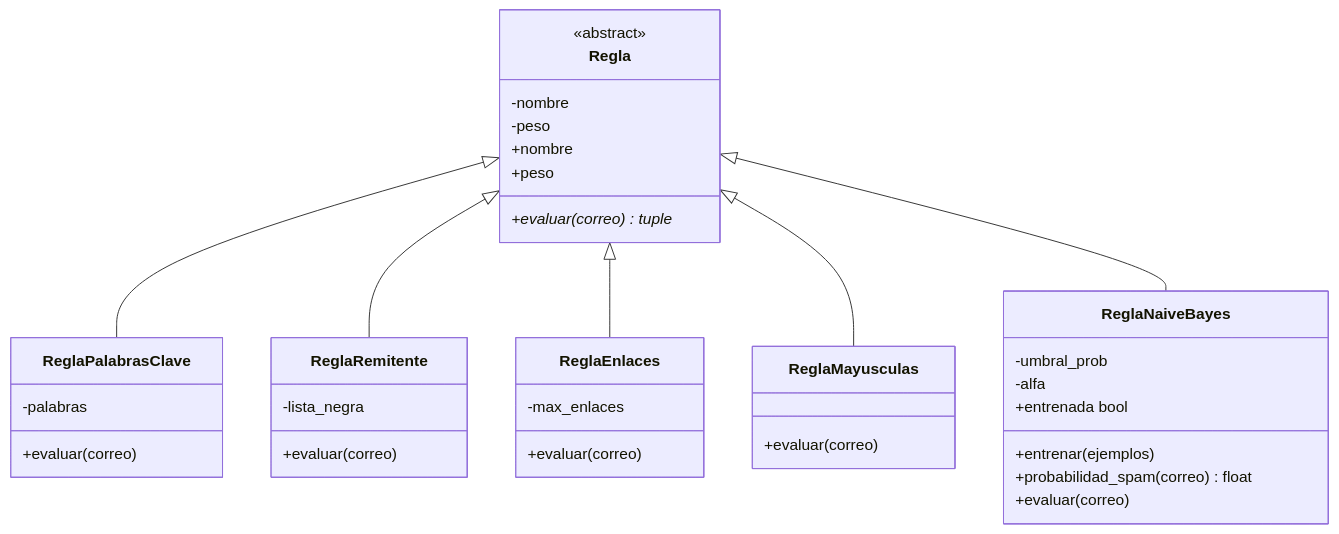
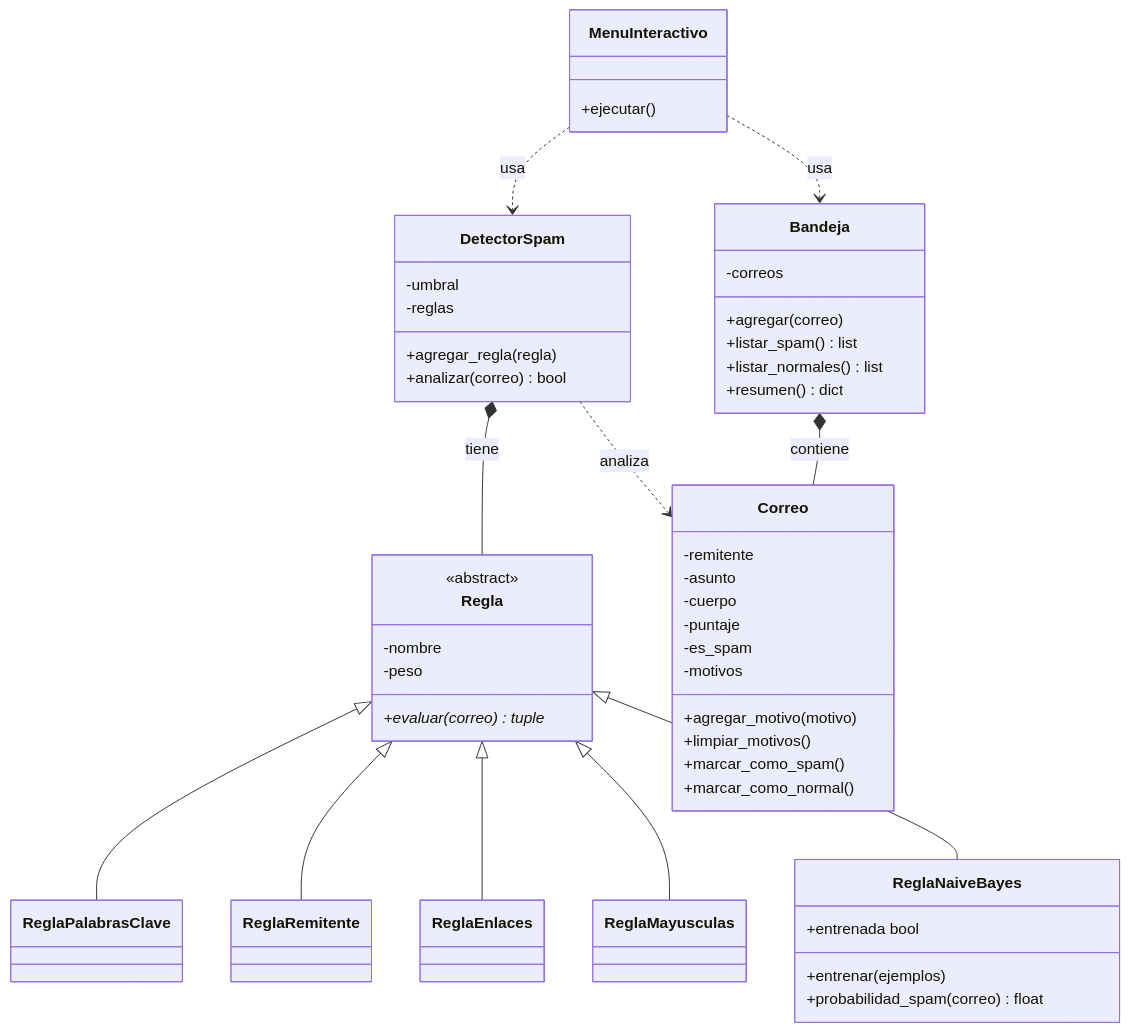
Before and after one commit to AngelMol0810/Detector-spam-correos: the second of 2 diagrams in README.md, drawn with Mermaid. The commit also changed other lines of this file, not shown here.

Commit message:
Edita el readme de Clase_Reglas

````diff
--- a/README.md
+++ b/README.md
@@ -42,39 +123,56 @@
 ```mermaid
 classDiagram
+    class Correo {
+        -remitente
+        -asunto
+        -cuerpo
+        -puntaje
+        -es_spam
+        -motivos
+        +agregar_motivo(motivo)
+        +limpiar_motivos()
+        +marcar_como_spam()
+        +marcar_como_normal()
+    }
     class Regla {
         <<abstract>>
         -nombre
         -peso
-        +nombre
-        +peso
         +evaluar(correo)* tuple
     }
-    class ReglaPalabrasClave {
-        -palabras
-        +evaluar(correo)
+    class ReglaPalabrasClave
+    class ReglaRemitente
+    class ReglaEnlaces
+    class ReglaMayusculas
+    class ReglaNaiveBayes {
+        +entrenar(ejemplos)
+        +probabilidad_spam(correo) float
+        +entrenada bool
     }
-    class ReglaRemitente {
-        -lista_negra
-        +evaluar(correo)
+    class DetectorSpam {
+        -umbral
+        -reglas
+        +agregar_regla(regla)
+        +analizar(correo) bool
     }
-    class ReglaEnlaces {
-        -max_enlaces
-        +evaluar(correo)
-    }
-    class ReglaMayusculas {
-        +evaluar(correo)
-    }
-    class ReglaNaiveBayes {
-        -umbral_prob
-        -alfa
-        +entrenar(ejemplos)
-        +entrenada bool
-        +probabilidad_spam(correo) float
-        +evaluar(correo)
+    class Bandeja {
+        -correos
+        +agregar(correo)
+        +listar_spam() list
+        +listar_normales() list
+        +resumen() dict
     }
     Regla <|-- ReglaPalabrasClave
     Regla <|-- ReglaRemitente
     Regla <|-- ReglaEnlaces
     Regla <|-- ReglaMayusculas
     Regla <|-- ReglaNaiveBayes
+    class MenuInteractivo {
+        +ejecutar()
+    }
+    DetectorSpam *-- Regla : tiene
+    MenuInteractivo ..> DetectorSpam : usa
+    MenuInteractivo ..> Bandeja : usa
+    DetectorSpam ..> Correo : analiza
+    Bandeja *-- Correo : contiene
 ```
````
